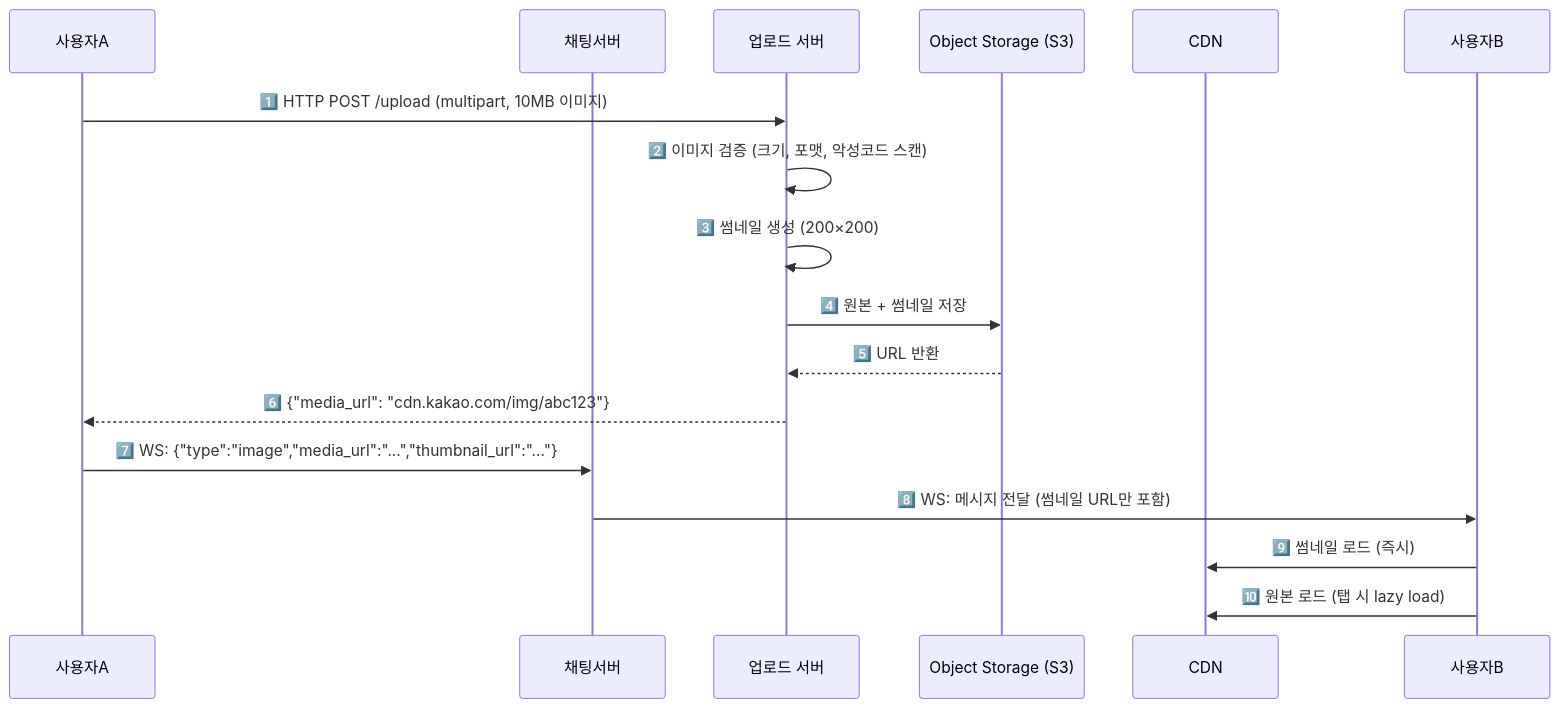
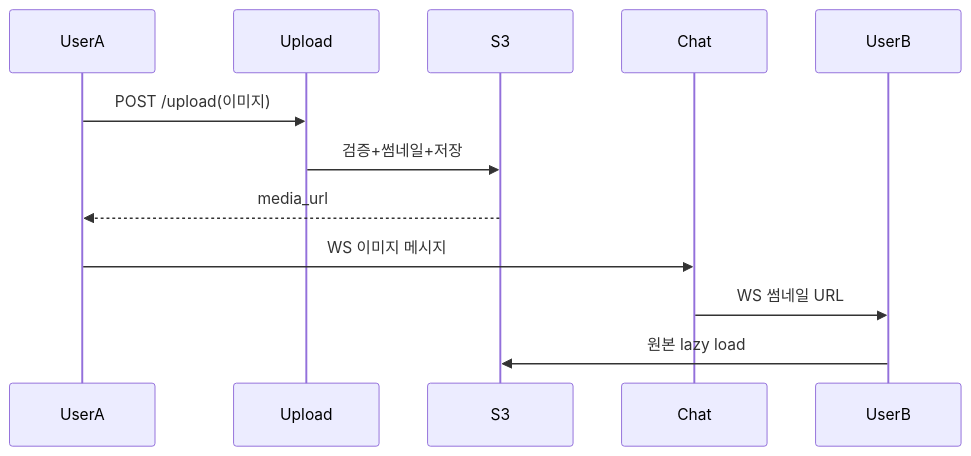
One commit to yjkim2015/yjkim2015.github.io changed the ninth of 9 diagrams in _posts/systemdesign/2026-05-02-system-design-chat.md. Above: the diagram before and after it, drawn with Mermaid. The commit also changed other lines of this file and 215 other files, not shown here.

First line of the commit message:
신규 포스트 10개 추가 + Mermaid 전면 축소 + SystemDesign 시리즈 보강

````diff
--- a/_posts/systemdesign/2026-05-02-system-design-chat.md
+++ b/_posts/systemdesign/2026-05-02-system-design-chat.md
@@ -550,22 +415,14 @@
 ```mermaid
 sequenceDiagram
-    participant A as 사용자A
-    participant S as 채팅서버
-    participant Upload as 업로드 서버
-    participant S3 as Object Storage (S3)
-    participant CDN as CDN
-    participant B as 사용자B
-
-    A->>Upload: 1️⃣ HTTP POST /upload (multipart, 10MB 이미지)
-    Upload->>Upload: 2️⃣ 이미지 검증 (크기, 포맷, 악성코드 스캔)
-    Upload->>Upload: 3️⃣ 썸네일 생성 (200×200)
-    Upload->>S3: 4️⃣ 원본 + 썸네일 저장
-    S3-->>Upload: 5️⃣ URL 반환
-    Upload-->>A: 6️⃣ {"media_url": "cdn.kakao.com/img/abc123"}
-
-    A->>S: 7️⃣ WS: {"type":"image","media_url":"...","thumbnail_url":"..."}
-    S->>B: 8️⃣ WS: 메시지 전달 (썸네일 URL만 포함)
-
-    B->>CDN: 9️⃣ 썸네일 로드 (즉시)
-    B->>CDN: 🔟 원본 로드 (탭 시 lazy load)
+    participant A as UserA
+    participant UP as Upload
+    participant S3
+    participant S as Chat
+    participant B as UserB
+    A->>UP: POST /upload(이미지)
+    UP->>S3: 검증+썸네일+저장
+    S3-->>A: media_url
+    A->>S: WS 이미지 메시지
+    S->>B: WS 썸네일 URL
+    B->>S3: 원본 lazy load
 ```
````
